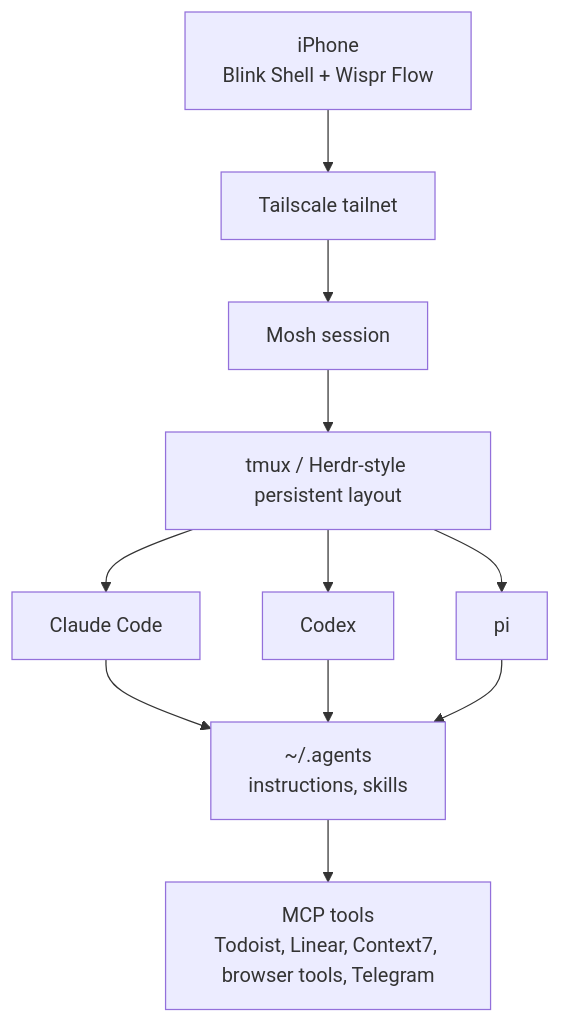
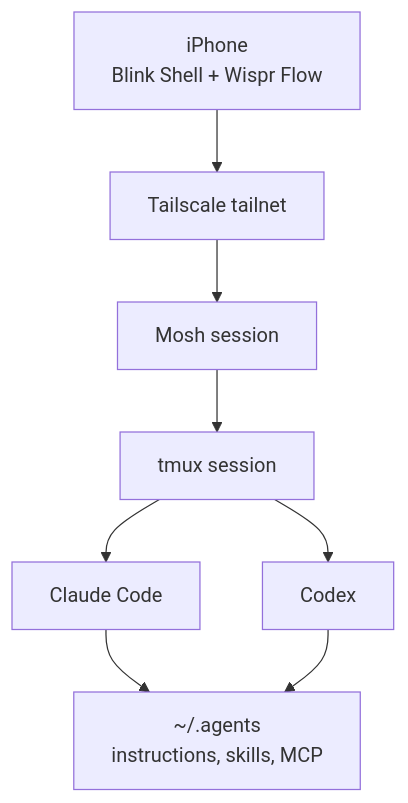
Before and after one commit to absolutepraya/blog: the diagram in content/posts/agents-dev-setup-on-iphone.md, drawn with Mermaid. The commit also changed other lines of this file and 11 other files, not shown here.

First line of the commit message:
Rewrite agent setup posts and fail CI on broken Mermaid (#10)

````diff
--- a/content/posts/agents-dev-setup-on-iphone.md
+++ b/content/posts/agents-dev-setup-on-iphone.md
@@ -58,14 +26,11 @@
 ```mermaid
 graph TD
     Phone["iPhone<br>Blink Shell + Wispr Flow"]
     Phone --> Tailnet["Tailscale tailnet"]
     Tailnet --> Mosh["Mosh session"]
-    Mosh --> Tmux["tmux / Herdr-style persistent layout"]
+    Mosh --> Tmux["tmux session"]
     Tmux --> Claude["Claude Code"]
     Tmux --> Codex["Codex"]
-    Tmux --> Pi["pi"]
-    Claude --> Shared["~/.agents<br>instructions, skills"]
+    Claude --> Shared["~/.agents<br>instructions, skills, MCP"]
     Codex --> Shared
-    Pi --> Shared
-    Shared --> Tools["MCP tools<br>Todoist, Linear, Context7, browser tools, Telegram"]
 ```
````
